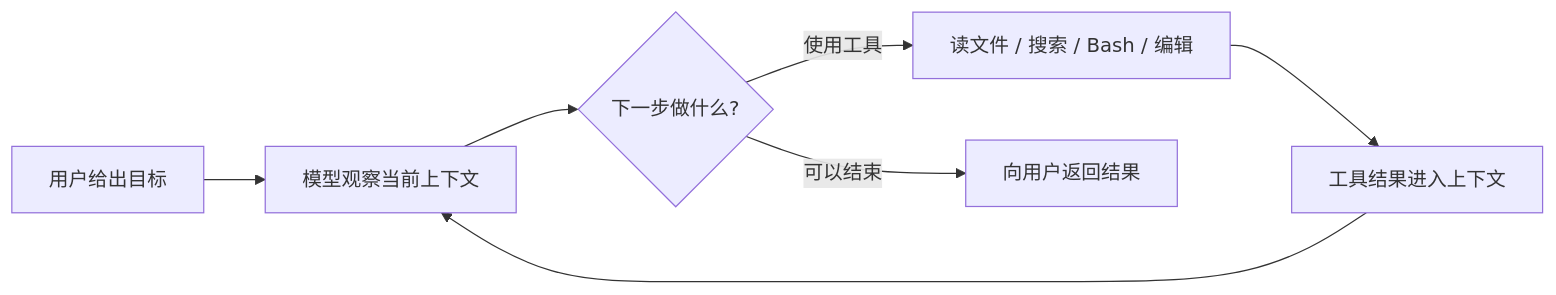
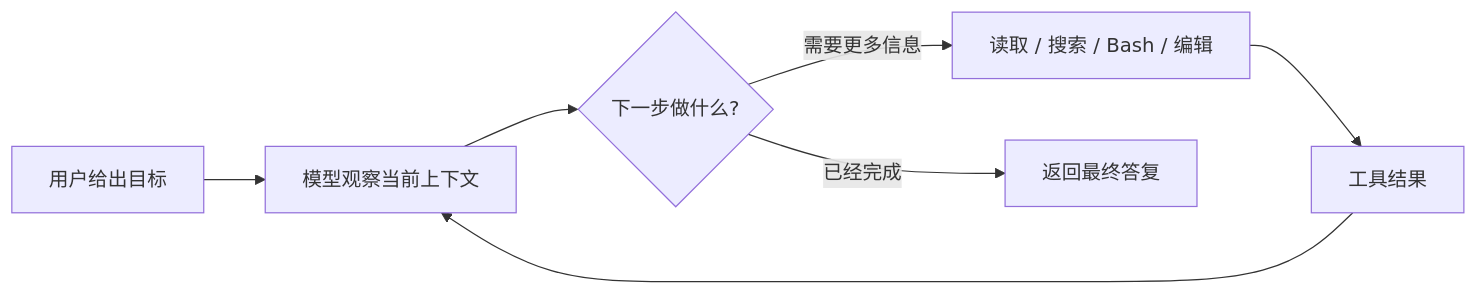
One commit to bai201928/claude-code-source-course changed the first of 3 diagrams in curriculum/units/M01/final.md. Above: the diagram before and after it, drawn with Mermaid. The commit also changed other lines of this file, not shown here.

````diff
--- a/curriculum/units/M01/final.md
+++ b/curriculum/units/M01/final.md
@@ -113,9 +60,9 @@
 ```mermaid
 flowchart LR
   USER["用户给出目标"] --> MODEL["模型观察当前上下文"]
   MODEL --> DECIDE{"下一步做什么?"}
-  DECIDE -->|"使用工具"| TOOL["读文件 / 搜索 / Bash / 编辑"]
-  TOOL --> RESULT["工具结果进入上下文"]
+  DECIDE -->|"需要更多信息"| TOOL["读取 / 搜索 / Bash / 编辑"]
+  TOOL --> RESULT["工具结果"]
   RESULT --> MODEL
-  DECIDE -->|"可以结束"| ANSWER["向用户返回结果"]
+  DECIDE -->|"已经完成"| ANSWER["返回最终答复"]
 ```
````
